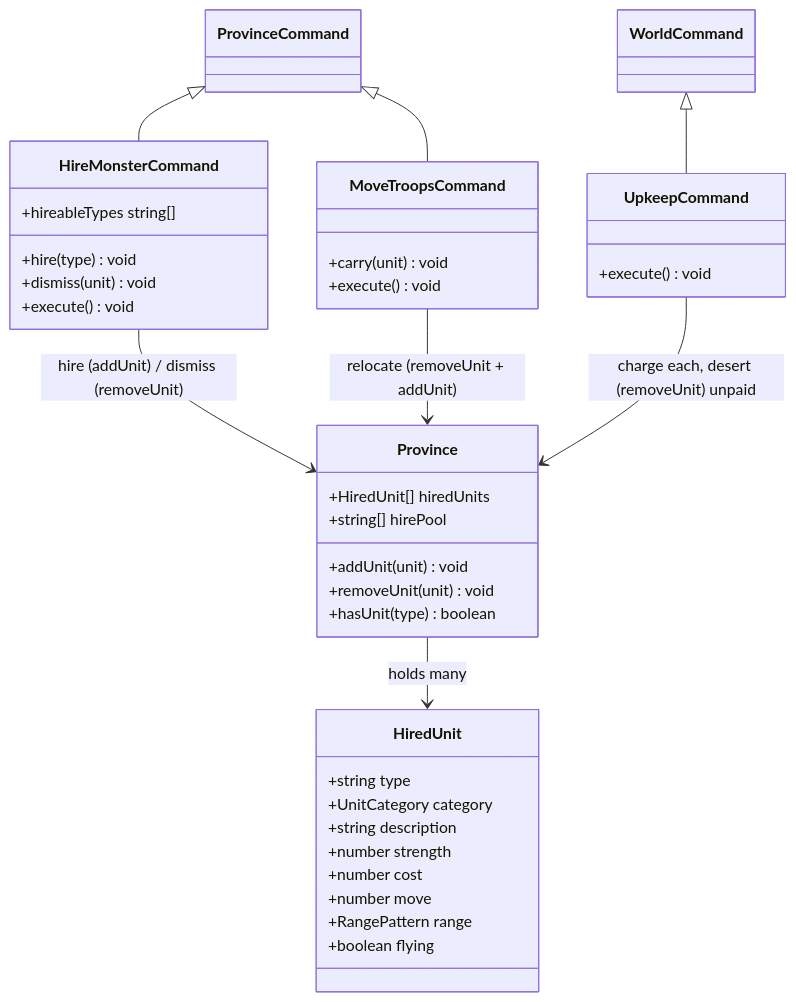
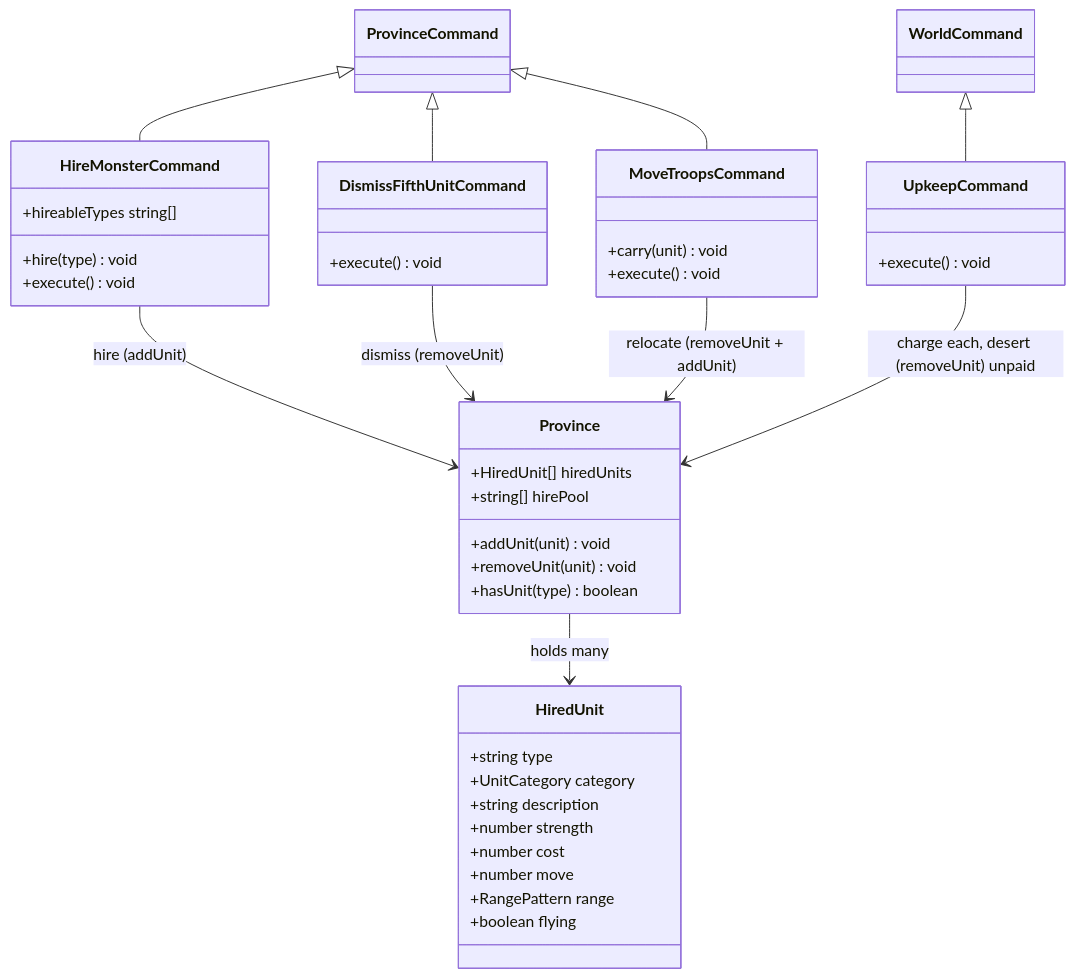
One commit to pslotinsky/kunstkamera changed the second of 4 diagrams in gemfire/docs/design/06-fifth-units.md. Above: the diagram before and after it, drawn with Mermaid. The commit also changed other lines of this file and 46 other files, not shown here.

Commit message:
feat(gemfire): hire fifth units at a province

````diff
--- a/gemfire/docs/design/06-fifth-units.md
+++ b/gemfire/docs/design/06-fifth-units.md
@@ -98,40 +99,44 @@
 ```mermaid
 classDiagram
   class HiredUnit {
     +string type
     +UnitCategory category
     +string description
     +number strength
     +number cost
     +number move
     +RangePattern range
     +boolean flying
   }
   class Province {
     +HiredUnit[] hiredUnits
     +string[] hirePool
     +addUnit(unit) void
     +removeUnit(unit) void
     +hasUnit(type) boolean
   }
   class HireMonsterCommand {
     +hireableTypes string[]
     +hire(type) void
-    +dismiss(unit) void
+    +execute() void
+  }
+  class DismissFifthUnitCommand {
     +execute() void
   }
   class MoveTroopsCommand {
     +carry(unit) void
     +execute() void
   }
   class UpkeepCommand {
     +execute() void
   }
   ProvinceCommand <|-- HireMonsterCommand
+  ProvinceCommand <|-- DismissFifthUnitCommand
   ProvinceCommand <|-- MoveTroopsCommand
   WorldCommand <|-- UpkeepCommand
-  HireMonsterCommand --> Province : hire (addUnit) / dismiss (removeUnit)
+  HireMonsterCommand --> Province : hire (addUnit)
+  DismissFifthUnitCommand --> Province : dismiss (removeUnit)
   MoveTroopsCommand --> Province : relocate (removeUnit + addUnit)
   UpkeepCommand --> Province : charge each, desert (removeUnit) unpaid
   Province --> HiredUnit : holds many
 ```
````
